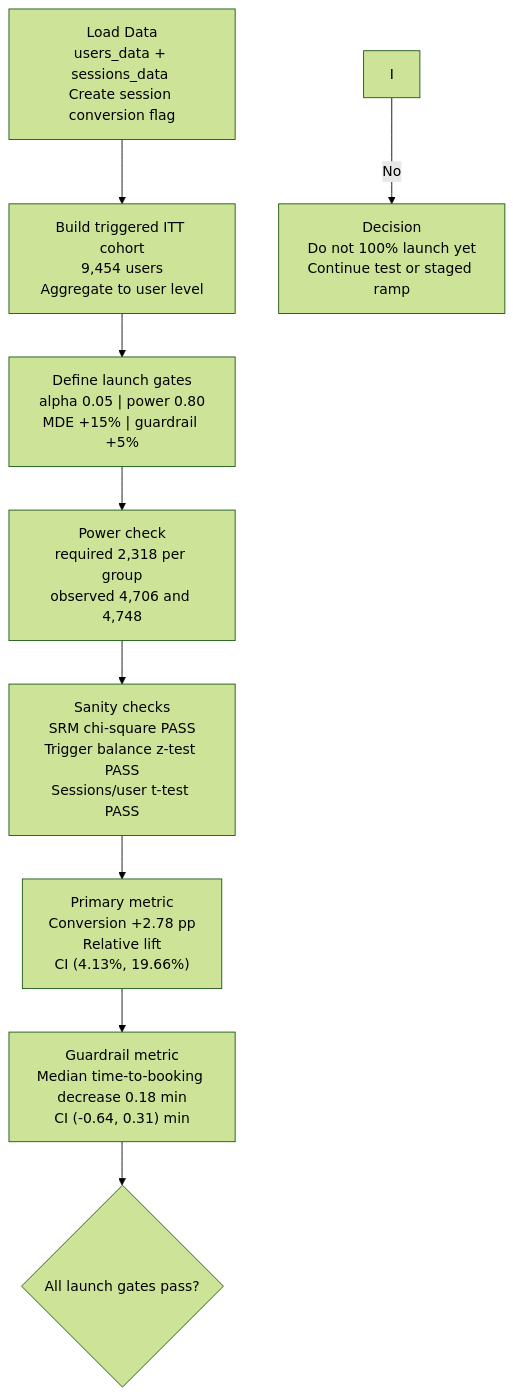
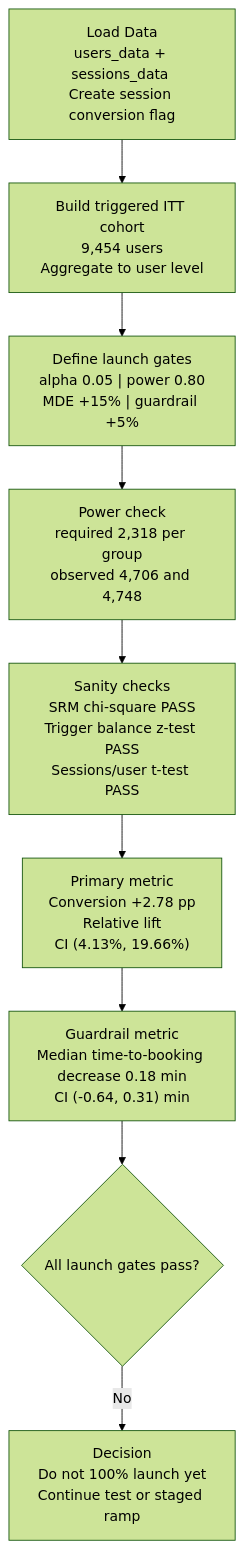
The diagram in README.md (JielingChen/A-B-Test-Analysis_Search-Ranking-Algorithm-Rollout), drawn with Mermaid (forest theme) before and after one commit.

````diff
--- a/README.md
+++ b/README.md
@@ -6,11 +6,11 @@
 ```mermaid
 flowchart TD
     A["Load Data<br/>users_data + sessions_data <br/>Create session conversion flag"] --> B["Build triggered ITT cohort<br/>9,454 users<br/>Aggregate to user level"]
     B --> C["Define launch gates<br/>alpha 0.05 | power 0.80<br/>MDE +15% | guardrail +5%"]
     C --> D["Power check<br/>required 2,318 per group<br/>observed 4,706 and 4,748"]
     D --> E["Sanity checks<br/>SRM chi-square PASS<br/>Trigger balance z-test PASS<br/>Sessions/user t-test PASS"]
     E --> F["Primary metric<br/>Conversion +2.78 pp<br/>Relative lift<br/>CI (4.13%, 19.66%)"]
     F --> G["Guardrail metric<br/>Median time-to-booking decrease 0.18 min<br/>CI (-0.64, 0.31) min"]
     G --> H{"All launch gates pass?"}
-    I -->|No| K["Decision<br/>Do not 100% launch yet<br/>Continue test or staged ramp"]
+    H -->|No| I["Decision<br/>Do not 100% launch yet<br/>Continue test or staged ramp"]
 ```
````
